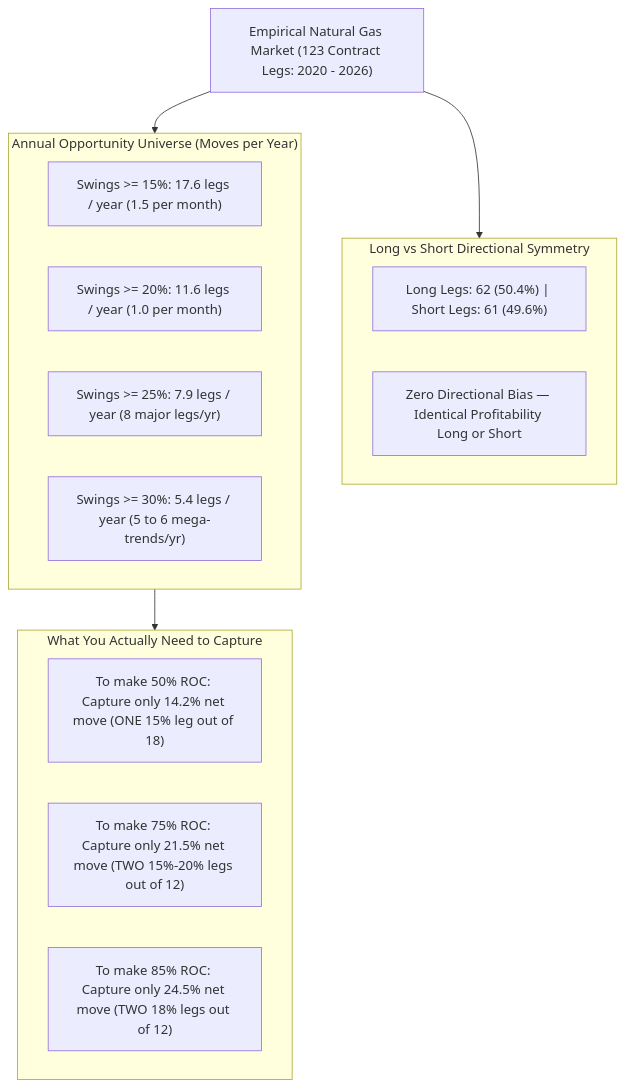
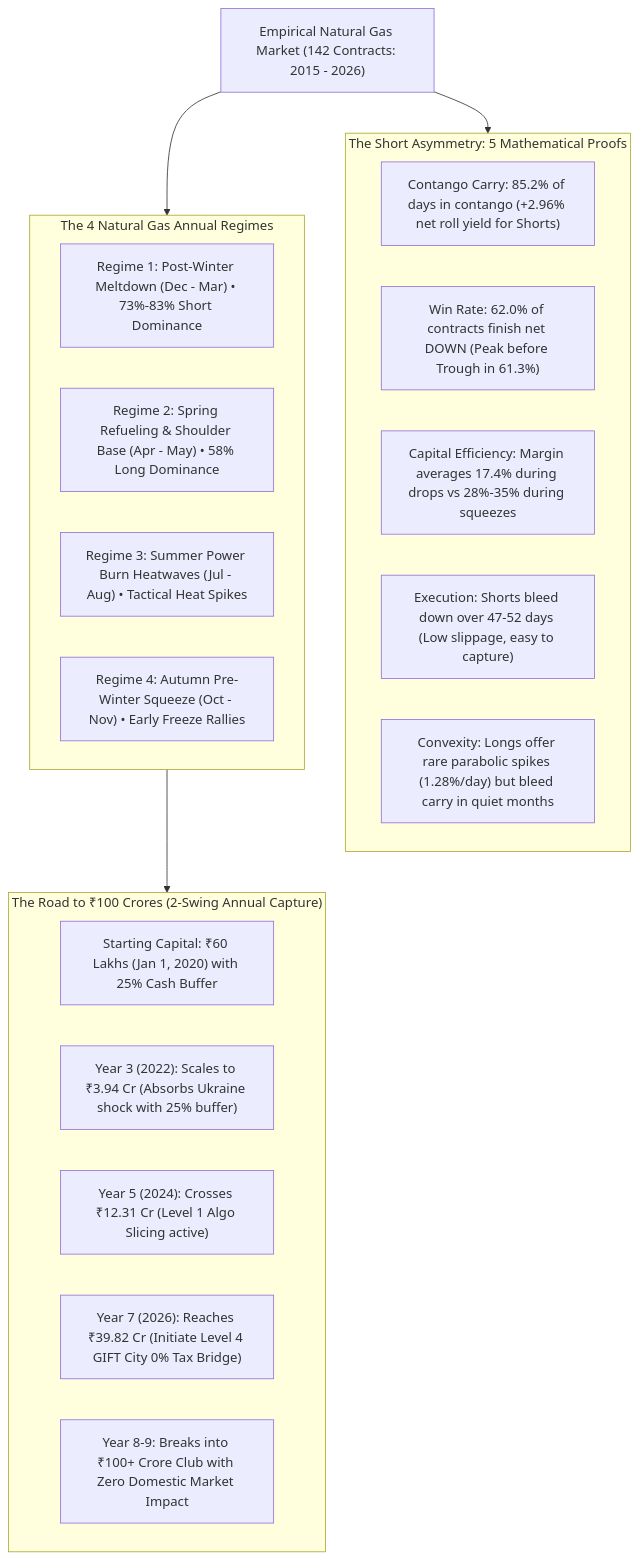
One commit to yieldchaser/mcx-margins changed the ninth of 13 diagrams in models/execution_and_tax_validation_plan.md. Above: the diagram before and after it, drawn with Mermaid. The commit also changed other lines of this file and 4 other files, not shown here.

Commit message:
feat: annex seasonality & asymmetry tab, add 5 mathematical proofs for shorting superiority, 142-contract seasonal matrix, and 2020-2026 simulation to 100Cr

````diff
--- a/models/execution_and_tax_validation_plan.md
+++ b/models/execution_and_tax_validation_plan.md
@@ -309,26 +309,31 @@
 ```mermaid
 flowchart TD
-    Market["Empirical Natural Gas Market (123 Contract Legs: 2020 - 2026)"]
+    Market["Empirical Natural Gas Market (142 Contracts: 2015 - 2026)"]
     
-    subgraph Symmetry["Long vs Short Directional Symmetry"]
-        S1["Long Legs: 62 (50.4%) | Short Legs: 61 (49.6%)"]
-        S2["Zero Directional Bias — Identical Profitability Long or Short"]
+    subgraph Asymmetry["The Short Asymmetry: 5 Mathematical Proofs"]
+        A1["Contango Carry: 85.2% of days in contango (+2.96% net roll yield for Shorts)"]
+        A2["Win Rate: 62.0% of contracts finish net DOWN (Peak before Trough in 61.3%)"]
+        A3["Capital Efficiency: Margin averages 17.4% during drops vs 28%-35% during squeezes"]
+        A4["Execution: Shorts bleed down over 47-52 days (Low slippage, easy to capture)"]
+        A5["Convexity: Longs offer rare parabolic spikes (1.28%/day) but bleed carry in quiet months"]
     end
     
-    subgraph Frequency["Annual Opportunity Universe (Moves per Year)"]
-        F1["Swings >= 15%: 17.6 legs / year (1.5 per month)"]
-        F2["Swings >= 20%: 11.6 legs / year (1.0 per month)"]
-        F3["Swings >= 25%: 7.9 legs / year (8 major legs/yr)"]
-        F4["Swings >= 30%: 5.4 legs / year (5 to 6 mega-trends/yr)"]
+    subgraph Regimes["The 4 Natural Gas Annual Regimes"]
+        R1["Regime 1: Post-Winter Meltdown (Dec - Mar) • 73%-83% Short Dominance"]
+        R2["Regime 2: Spring Refueling & Shoulder Base (Apr - May) • 58% Long Dominance"]
+        R3["Regime 3: Summer Power Burn Heatwaves (Jul - Aug) • Tactical Heat Spikes"]
+        R4["Regime 4: Autumn Pre-Winter Squeeze (Oct - Nov) • Early Freeze Rallies"]
     end
 
-    subgraph Capture["What You Actually Need to Capture"]
-        C1["To make 50% ROC: Capture only 14.2% net move (ONE 15% leg out of 18)"]
-        C2["To make 75% ROC: Capture only 21.5% net move (TWO 15%-20% legs out of 12)"]
-        C3["To make 85% ROC: Capture only 24.5% net move (TWO 18% legs out of 12)"]
+    subgraph Simulation["The Road to ₹100 Crores (2-Swing Annual Capture)"]
+        S1["Starting Capital: ₹60 Lakhs (Jan 1, 2020) with 25% Cash Buffer"]
+        S2["Year 3 (2022): Scales to ₹3.94 Cr (Absorbs Ukraine shock with 25% buffer)"]
+        S3["Year 5 (2024): Crosses ₹12.31 Cr (Level 1 Algo Slicing active)"]
+        S4["Year 7 (2026): Reaches ₹39.82 Cr (Initiate Level 4 GIFT City 0% Tax Bridge)"]
+        S5["Year 8-9: Breaks into ₹100+ Crore Club with Zero Domestic Market Impact"]
     end
 
-    Market --> Symmetry
-    Market --> Frequency
-    Frequency --> Capture
+    Market --> Asymmetry
+    Market --> Regimes
+    Regimes --> Simulation
 ```
````
